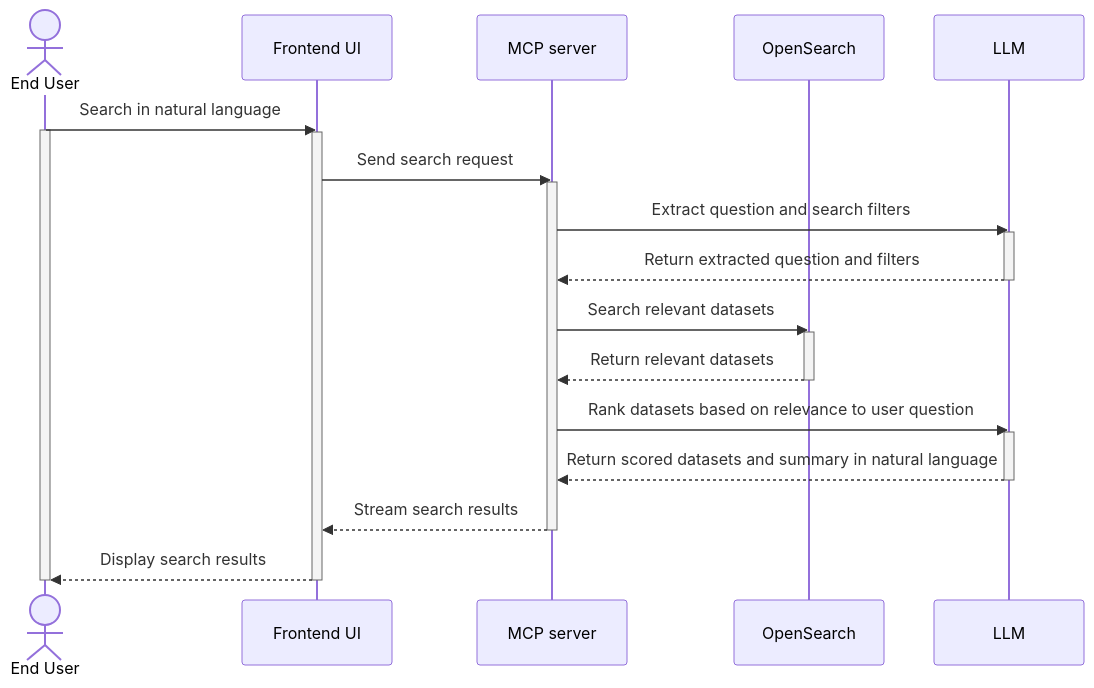
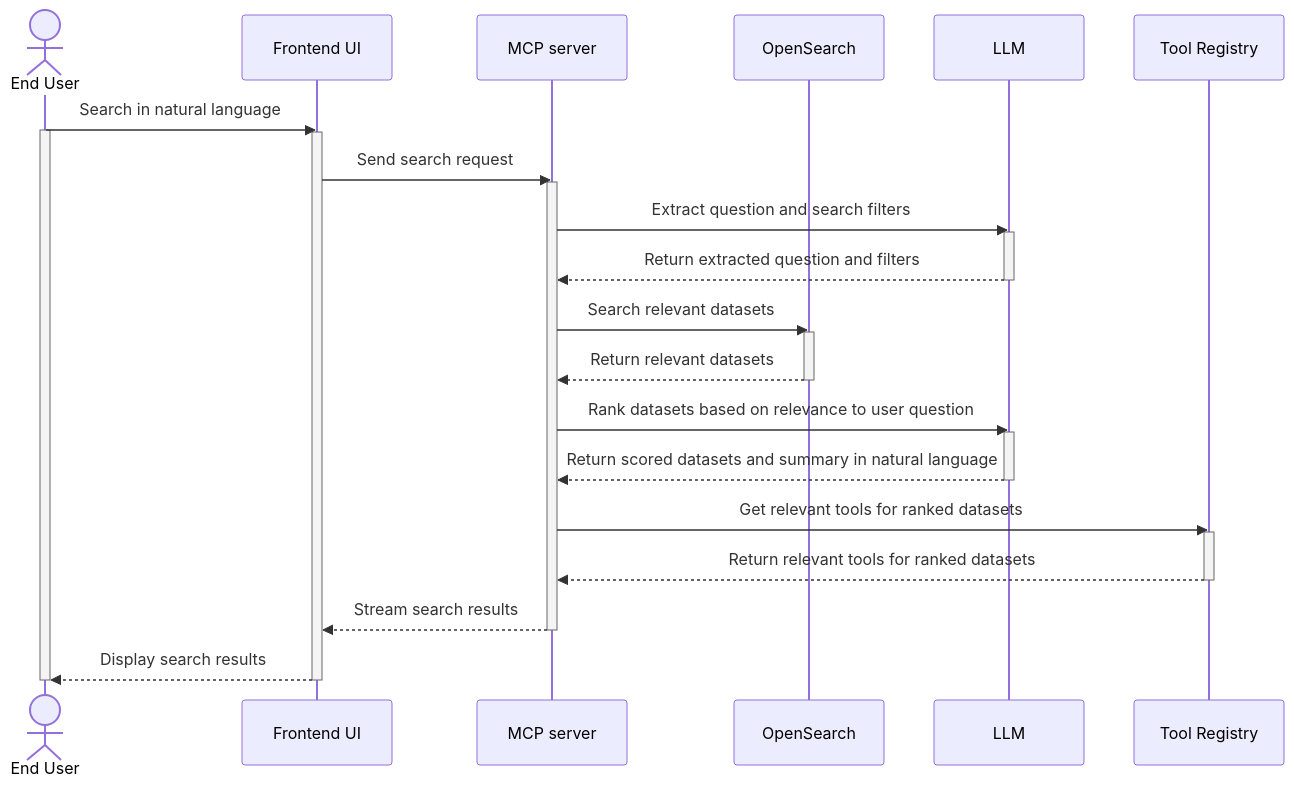
The diagram in wp4-flow.md (EOSC-Data-Commons/data-commons-mcp), drawn with Mermaid before and after one commit. The commit also changed 6 other files, not shown here.

````diff
--- a/wp4-flow.md
+++ b/wp4-flow.md
@@ -3,30 +3,35 @@
 ```mermaid
 sequenceDiagram
         actor User as End User
         participant UI as Frontend UI
         participant MCP as MCP server
         participant OpenSearch
         participant LLM
+        participant Tool as Tool Registry
         User->>UI: Search in natural language
         activate User
         activate UI
         UI->>MCP: Send search request
         activate MCP
         MCP->>LLM: Extract question and search filters
         activate LLM
         LLM-->>MCP: Return extracted question and filters
         deactivate LLM
         MCP->>OpenSearch: Search relevant datasets
         activate OpenSearch
         OpenSearch-->>MCP: Return relevant datasets
         deactivate OpenSearch
         MCP->>LLM: Rank datasets based on relevance to user question
         activate LLM
         LLM-->>MCP: Return scored datasets and summary in natural language
         deactivate LLM
+        MCP->>Tool: Get relevant tools for ranked datasets 
+        activate Tool
+        Tool-->>MCP: Return relevant tools for ranked datasets
+        deactivate Tool
         MCP-->>UI: Stream search results
         deactivate MCP
         UI-->>User: Display search results
         deactivate UI
         deactivate User
 ```
````
